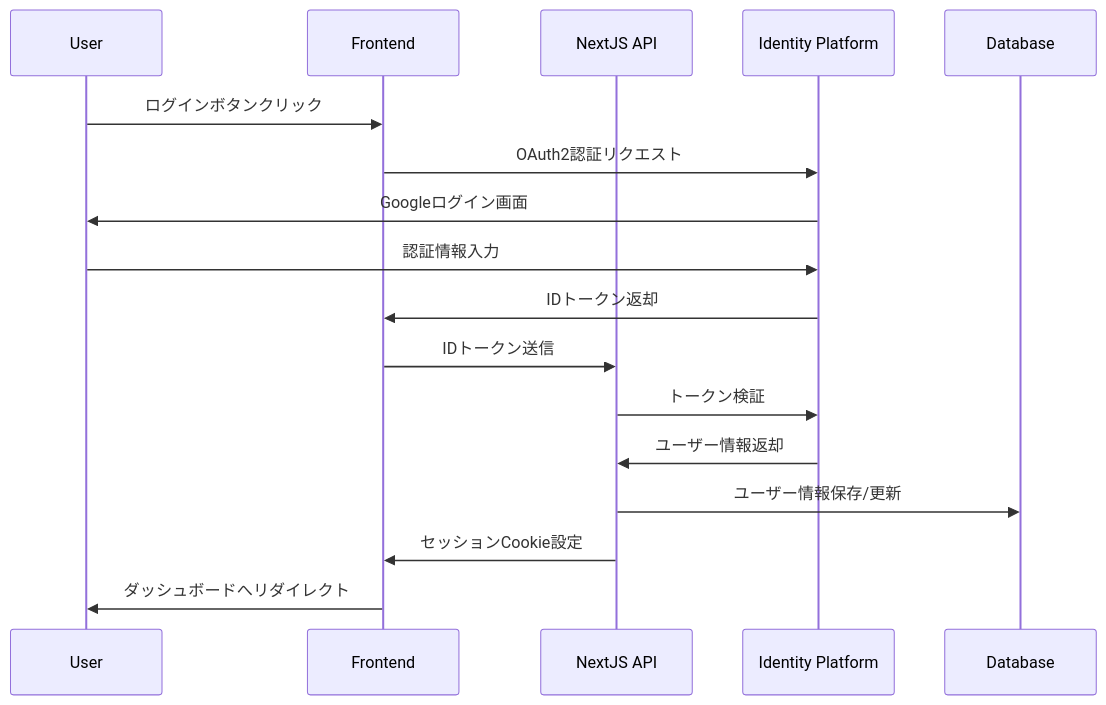
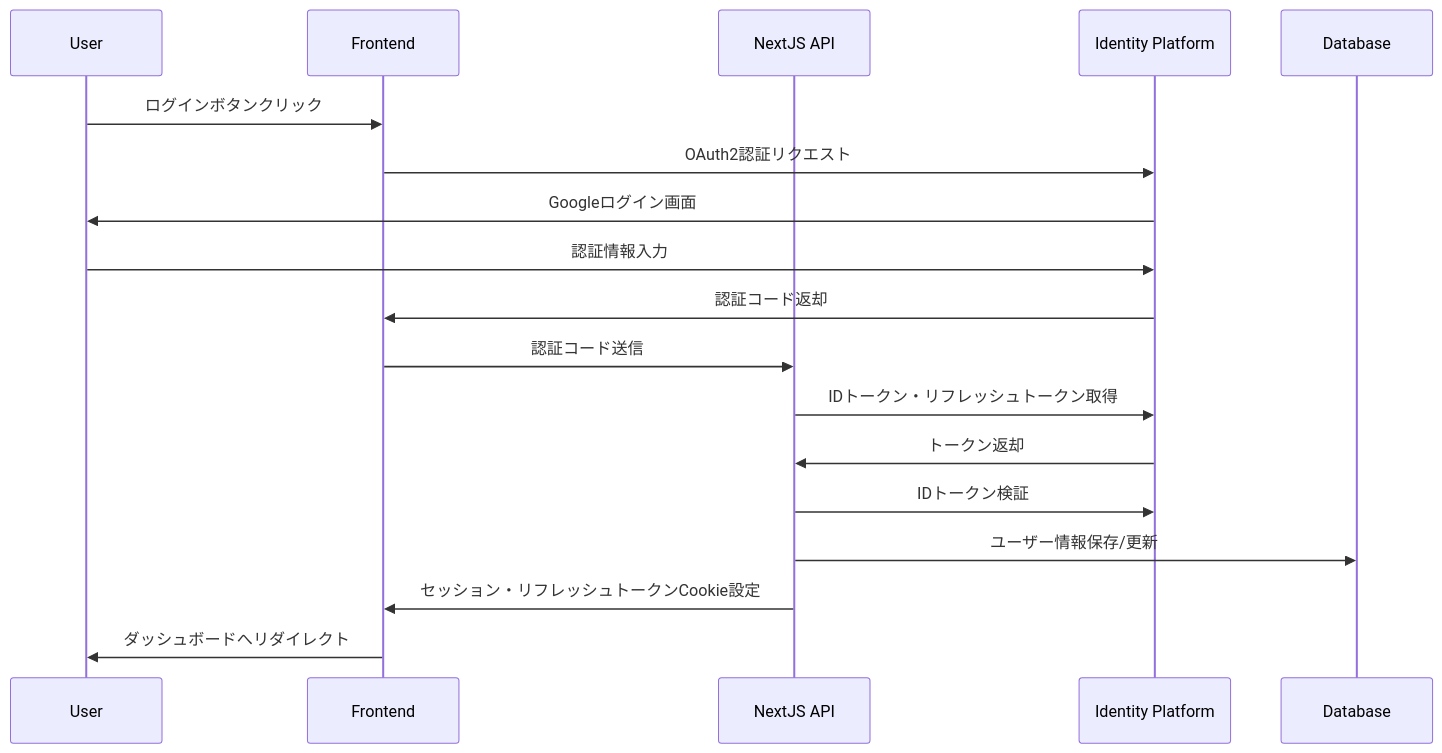
One commit to YukiOnishi1129/next-app-router-architecture changed the diagram in frontend/docs/authentication-flow.md. Above: the diagram before and after it, drawn with Mermaid. The commit also changed other lines of this file and 4 other files, not shown here.

````diff
--- a/frontend/docs/authentication-flow.md
+++ b/frontend/docs/authentication-flow.md
@@ -9,20 +9,21 @@
 ```mermaid
 sequenceDiagram
     participant User
     participant Frontend
     participant NextJS API
     participant Identity Platform
     participant Database
 
     User->>Frontend: ログインボタンクリック
     Frontend->>Identity Platform: OAuth2認証リクエスト
     Identity Platform->>User: Googleログイン画面
     User->>Identity Platform: 認証情報入力
-    Identity Platform->>Frontend: IDトークン返却
-    Frontend->>NextJS API: IDトークン送信
-    NextJS API->>Identity Platform: トークン検証
-    Identity Platform->>NextJS API: ユーザー情報返却
+    Identity Platform->>Frontend: 認証コード返却
+    Frontend->>NextJS API: 認証コード送信
+    NextJS API->>Identity Platform: IDトークン・リフレッシュトークン取得
+    Identity Platform->>NextJS API: トークン返却
+    NextJS API->>Identity Platform: IDトークン検証
     NextJS API->>Database: ユーザー情報保存/更新
-    NextJS API->>Frontend: セッションCookie設定
+    NextJS API->>Frontend: セッション・リフレッシュトークンCookie設定
     Frontend->>User: ダッシュボードへリダイレクト
 ```
````
